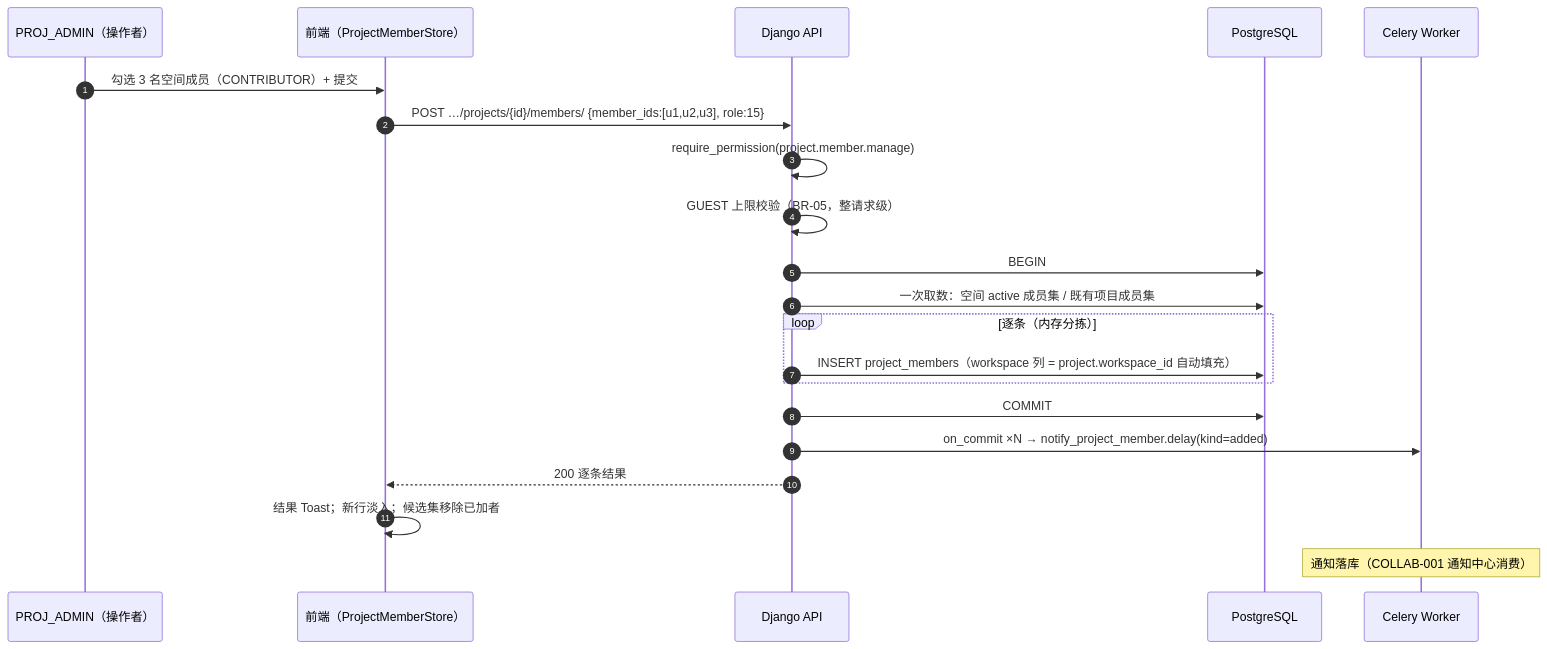
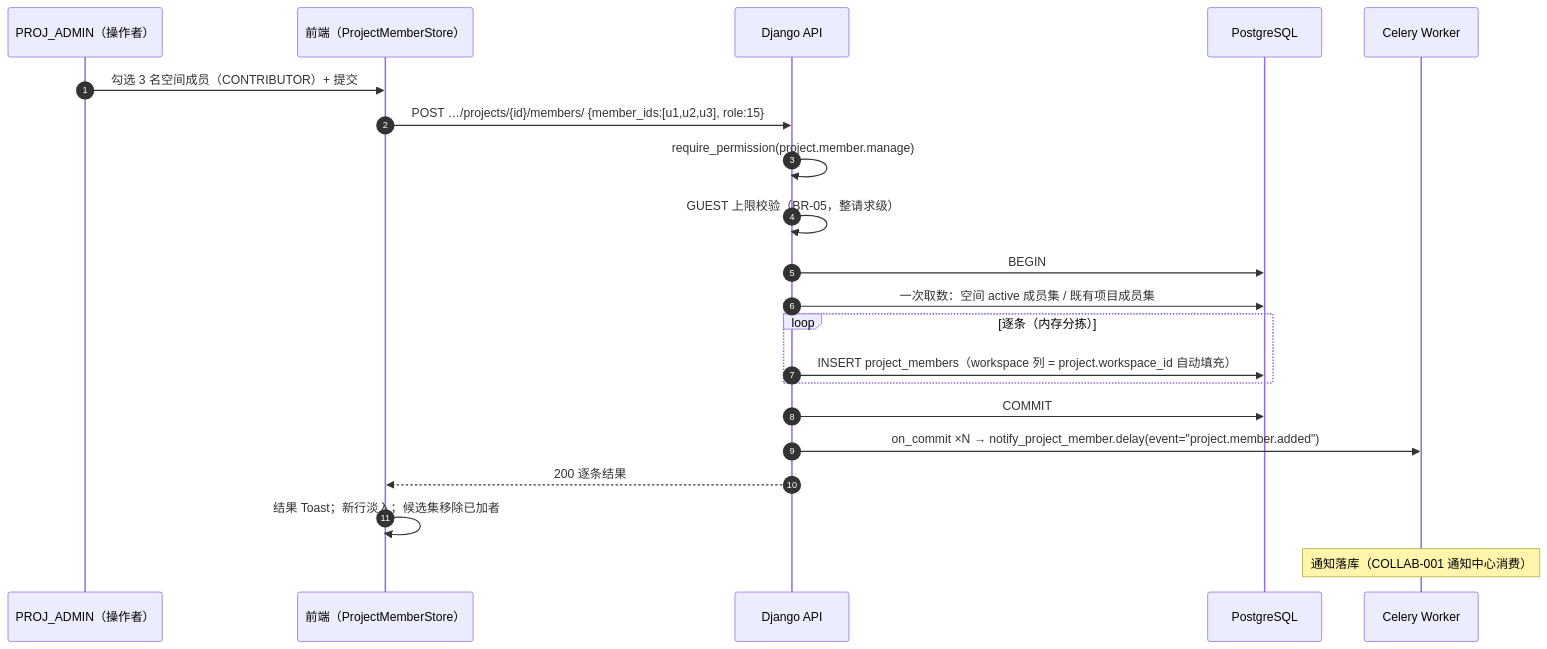
One commit to RabbitAI-Lab/RabbitProjects changed the second of 7 diagrams in docs/sprint-1-mvp/PROJ-002-member-search.md. Above: the diagram before and after it, drawn with Mermaid. The commit also changed other lines of this file and 11 other files, not shown here.

````diff
--- a/docs/sprint-1-mvp/PROJ-002-member-search.md
+++ b/docs/sprint-1-mvp/PROJ-002-member-search.md
@@ -142,24 +142,24 @@
 ```mermaid
 sequenceDiagram
     autonumber
     participant A as PROJ_ADMIN（操作者）
     participant FE as 前端（ProjectMemberStore）
     participant API as Django API
     participant DB as PostgreSQL
     participant CW as Celery Worker
 
     A->>FE: 勾选 3 名空间成员（CONTRIBUTOR）+ 提交
     FE->>API: POST …/projects/{id}/members/ {member_ids:[u1,u2,u3], role:15}
     API->>API: require_permission(project.member.manage)
     API->>API: GUEST 上限校验（BR-05，整请求级）
     API->>DB: BEGIN
     API->>DB: 一次取数：空间 active 成员集 / 既有项目成员集
     loop 逐条（内存分拣）
         API->>DB: INSERT project_members（workspace 列 = project.workspace_id 自动填充）
     end
     API->>DB: COMMIT
-    API->>CW: on_commit ×N → notify_project_member.delay(kind=added)
+    API->>CW: on_commit ×N → notify_project_member.delay(event="project.member.added")
     API-->>FE: 200 逐条结果
     FE->>FE: 结果 Toast；新行淡入；候选集移除已加者
     Note over CW: 通知落库（COLLAB-001 通知中心消费）
 ```
````
